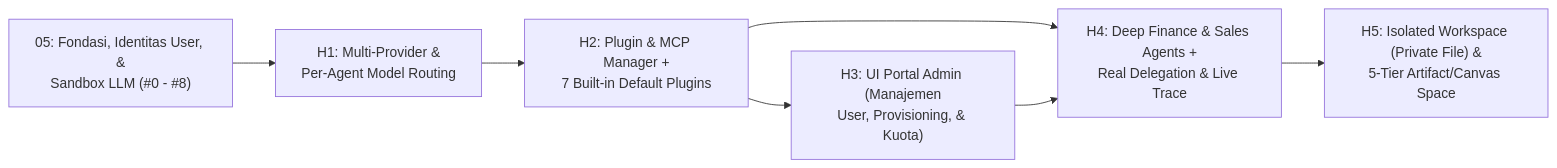
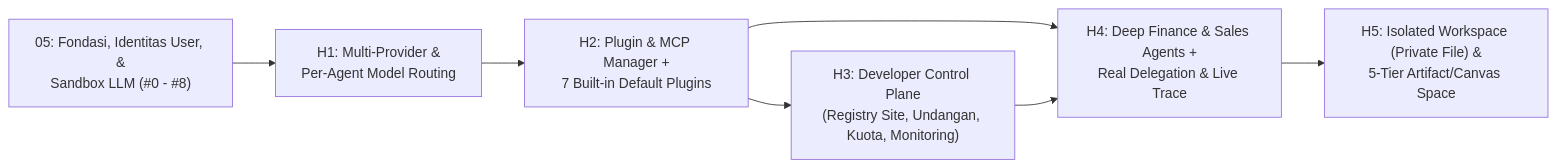
Before and after one commit to Tenshi1308/aios-frappe-16: the diagram in docs/06-roadmap-pengembangan-harness.md, drawn with Mermaid. The commit also changed other lines of this file and 7 other files, not shown here.

First line of the commit message:
docs(spec): developer control plane + koreksi izin AIOS Control

````diff
--- a/docs/06-roadmap-pengembangan-harness.md
+++ b/docs/06-roadmap-pengembangan-harness.md
@@ -18,9 +18,9 @@
 ```mermaid
 flowchart LR
     F["05: Fondasi, Identitas User, &\nSandbox LLM (#0 - #8)"] --> H1["H1: Multi-Provider &\nPer-Agent Model Routing"]
     H1 --> H2["H2: Plugin & MCP Manager +\n7 Built-in Default Plugins"]
-    H2 --> H3["H3: UI Portal Admin (Manajemen\nUser, Provisioning, & Kuota)"]
+    H2 --> H3["H3: Developer Control Plane\n(Registry Site, Undangan, Kuota, Monitoring)"]
     H2 --> H4["H4: Deep Finance & Sales Agents +\nReal Delegation & Live Trace"]
     H3 --> H4
     H4 --> H5["H5: Isolated Workspace (Private File) &\n5-Tier Artifact/Canvas Space"]
 ```
````
